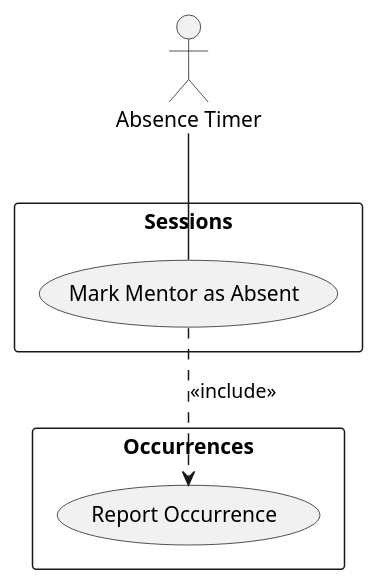
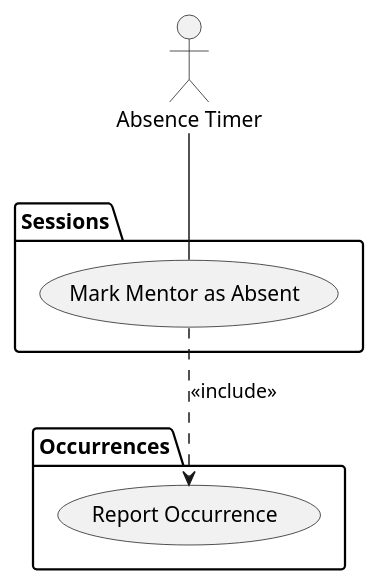
One commit to bmb0136/COMP-3700-Project changed the diagram in Use Cases/MarkMentorAsAbsent.iuml. Above: the diagram before and after it, drawn with PlantUML. The commit also changed 24 other files, not shown here.

```diff
--- a/Use Cases/MarkMentorAsAbsent.iuml
+++ b/Use Cases/MarkMentorAsAbsent.iuml
@@ -1,11 +1,11 @@
 @startuml Mark Mentor as Absent
 actor :Absence Timer: as AbsenceTimer
-rectangle "Sessions" {
+package "Sessions" {
   (Mark Mentor as Absent) as MarkAbsent
 }
-rectangle "Occurrences" {
+package "Occurrences" {
   (Report Occurrence) as Report
 }
 AbsenceTimer -- MarkAbsent
 MarkAbsent ..> Report : <<include>>
 @enduml
```
